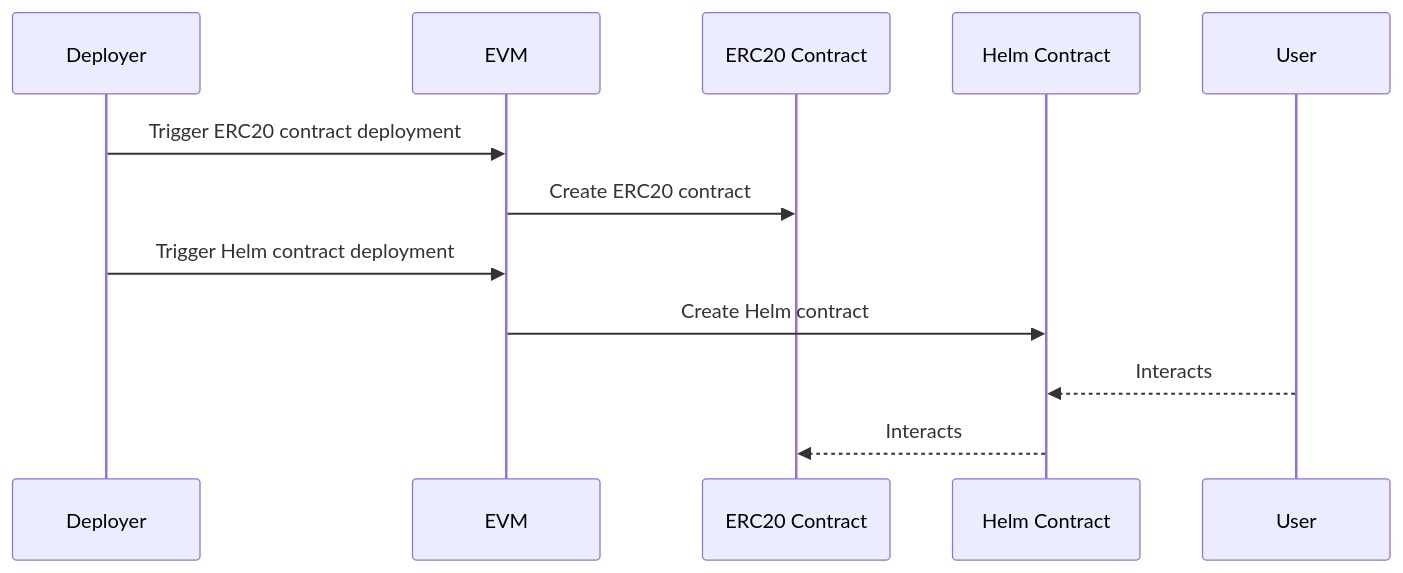
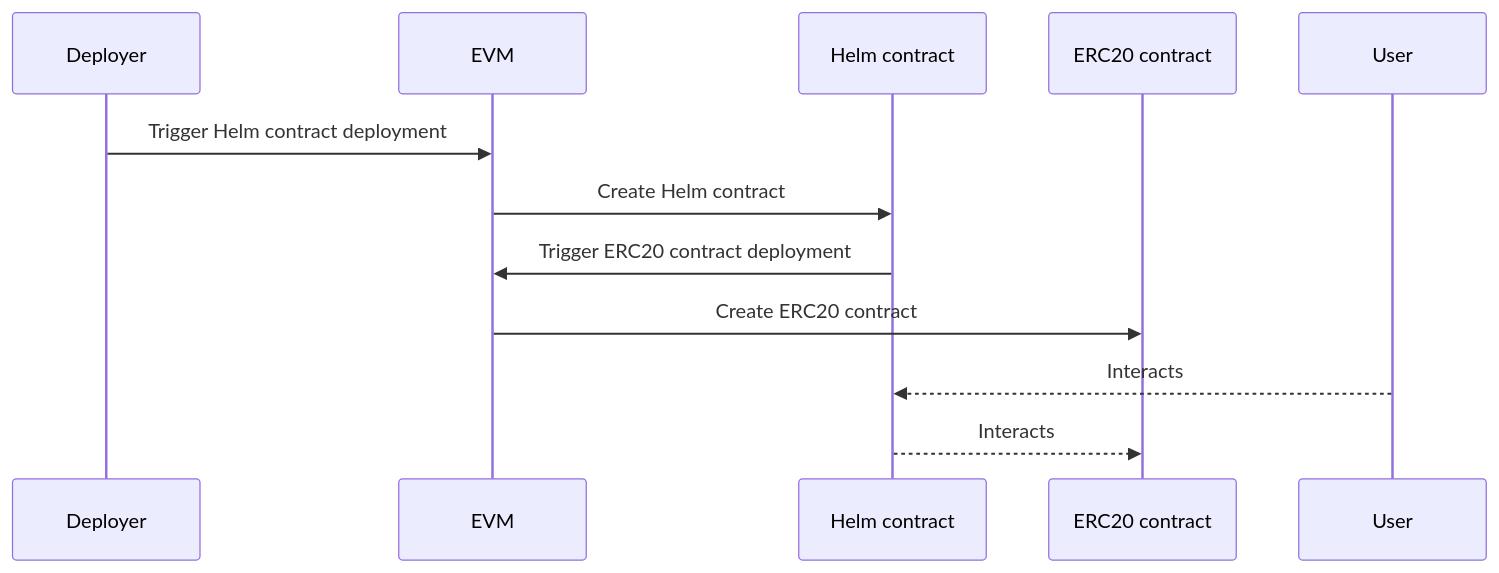
The second of 2 diagrams in lightpaper/design.md (helmtoken/docs), drawn with Mermaid before and after one commit.

Commit message:
GITBOOK-29: change request with no subject merged in GitBook

````diff
--- a/lightpaper/design.md
+++ b/lightpaper/design.md
@@ -43,9 +43,9 @@
 ```mermaid
 sequenceDiagram
-    Deployer->>EVM: Trigger ERC20 contract deployment
-    EVM->>ERC20 Contract: Create ERC20 contract
     Deployer->>EVM: Trigger Helm contract deployment
-    EVM->>Helm Contract: Create Helm contract
-    User-->>Helm Contract: Interacts
-    Helm Contract-->>ERC20 Contract: Interacts
+    EVM->>Helm contract: Create Helm contract
+    Helm contract->>EVM: Trigger ERC20 contract deployment
+    EVM->>ERC20 contract: Create ERC20 contract
+    User-->>Helm contract: Interacts
+    Helm contract-->>ERC20 contract: Interacts
 ```
````
